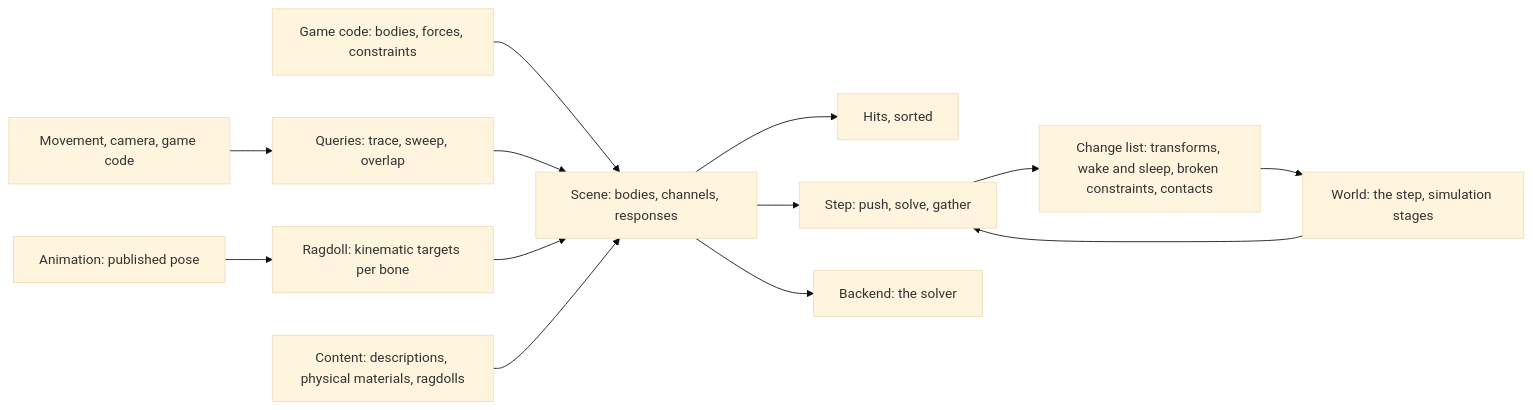
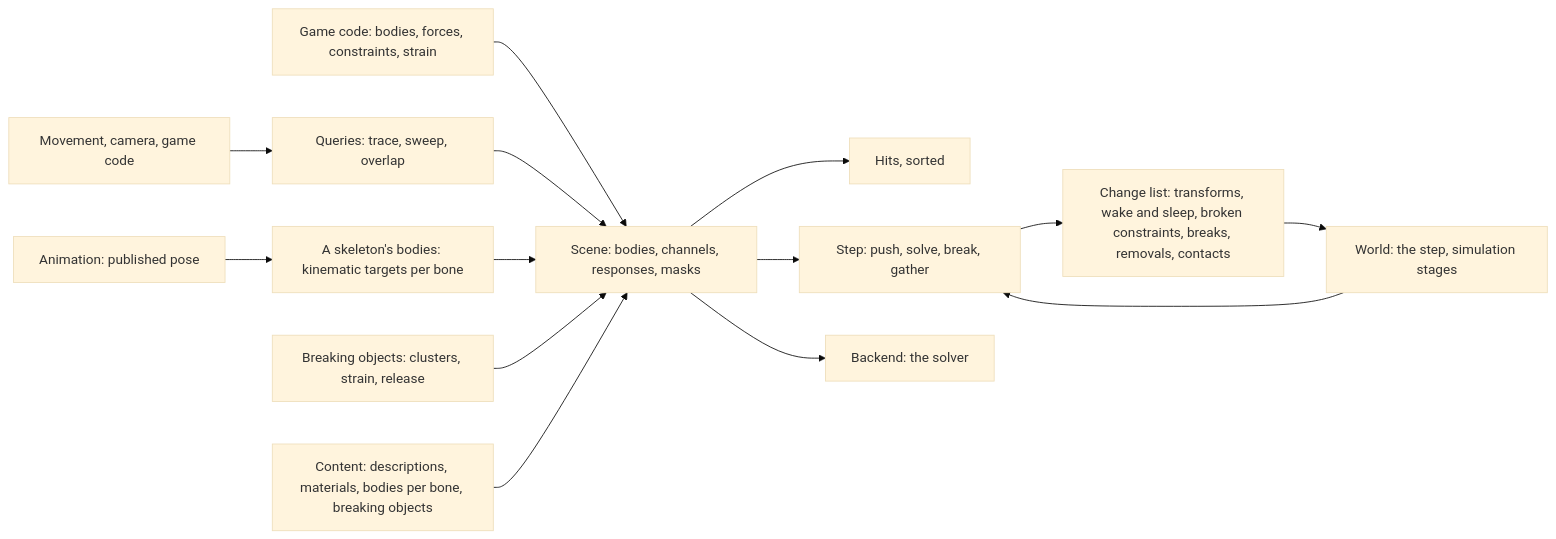
One commit to plainsight-systems/bullet-witch changed the first of 4 diagrams in docs/architecture/physics.md. Above: the diagram before and after it, drawn with Mermaid (base theme). The commit also changed other lines of this file and 2 other files, not shown here.

First line of the commit message:
Physics: objects that break as clusters of pieces with strain and thresholds, bodies of a skeleton with weights, per-shape switches and masks, and a hit that names its shape, bone or piece

````diff
--- a/docs/architecture/physics.md
+++ b/docs/architecture/physics.md
@@ -34,15 +40,16 @@
 ```mermaid
 flowchart LR
-    GC["Game code: bodies, forces, constraints"] --> SC["Scene: bodies, channels, responses"]
+    GC["Game code: bodies, forces, constraints, strain"] --> SC["Scene: bodies, channels, responses, masks"]
     MV["Movement, camera, game code"] --> Q["Queries: trace, sweep, overlap"]
     Q --> SC
     SC --> H["Hits, sorted"]
-    W["World: the step, simulation stages"] --> ST["Step: push, solve, gather"]
+    W["World: the step, simulation stages"] --> ST["Step: push, solve, break, gather"]
     SC --> ST
-    ST --> CL["Change list: transforms, wake and sleep, broken constraints, contacts"]
+    ST --> CL["Change list: transforms, wake and sleep, broken constraints, breaks, removals, contacts"]
     CL --> W
-    AN["Animation: published pose"] --> RG["Ragdoll: kinematic targets per bone"]
-    RG --> SC
+    AN["Animation: published pose"] --> SK["A skeleton's bodies: kinematic targets per bone"]
+    SK --> SC
+    BK["Breaking objects: clusters, strain, release"] --> SC
     SC --> BE["Backend: the solver"]
-    CT["Content: descriptions, physical materials, ragdolls"] --> SC
+    CT["Content: descriptions, materials, bodies per bone, breaking objects"] --> SC
 ```
````
